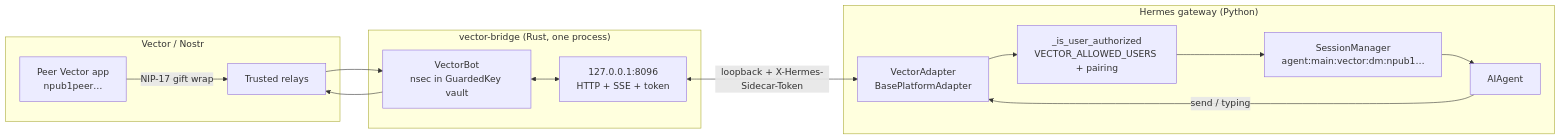
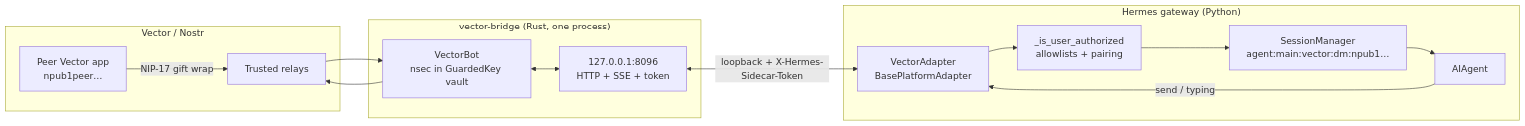
Before and after one commit to BonesGit/hermes-vector-platform: the diagram in README.md, drawn with Mermaid. The commit also changed other lines of this file and 9 other files, not shown here.

````diff
--- a/README.md
+++ b/README.md
@@ -63,27 +63,27 @@
 ```mermaid
 flowchart LR
   subgraph VectorNet["Vector / Nostr"]
     Peer["Peer Vector app<br/>npub1peer…"]
     Relays["Trusted relays"]
   end
 
   subgraph Sidecar["vector-bridge (Rust, one process)"]
     SDK["VectorBot<br/>nsec in GuardedKey vault"]
     HTTP["127.0.0.1:8096<br/>HTTP + SSE + token"]
     SDK --> Relays
     Relays --> SDK
   end
 
   subgraph HermesGW["Hermes gateway (Python)"]
     Adapter["VectorAdapter<br/>BasePlatformAdapter"]
-    Authz["_is_user_authorized<br/>VECTOR_ALLOWED_USERS + pairing"]
+    Authz["_is_user_authorized<br/>allowlists + pairing"]
     Sessions["SessionManager<br/>agent:main:vector:dm:npub1…"]
     Agent["AIAgent"]
   end
 
   Peer -->|NIP-17 gift wrap| Relays
   SDK <--> HTTP
   HTTP <-->|loopback + X-Hermes-Sidecar-Token| Adapter
   Adapter --> Authz --> Sessions --> Agent
   Agent -->|send / typing| Adapter
 ```
````
